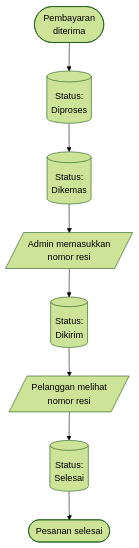
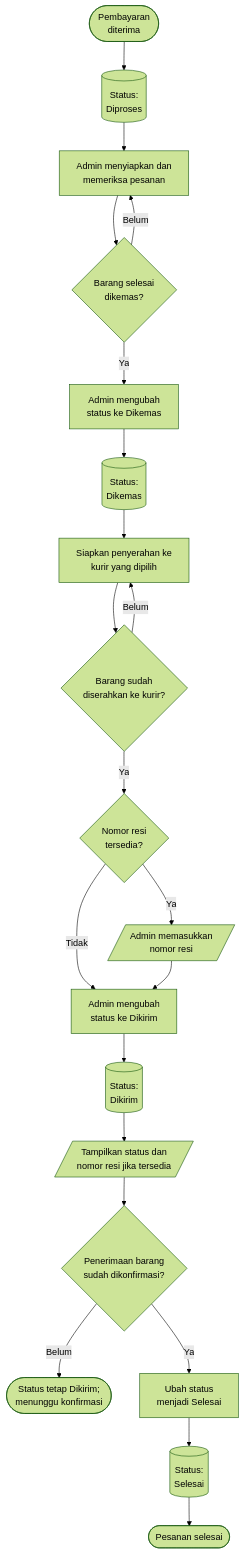
The third of 5 diagrams in docs/client/DOKUMEN_REVIEW_DAN_PERSETUJUAN_KLIEN.md (Webekspres/pixel-komunika), drawn with Mermaid (forest theme) before and after one commit. The commit also changed other lines of this file and 6 other files, not shown here.

````diff
--- a/docs/client/DOKUMEN_REVIEW_DAN_PERSETUJUAN_KLIEN.md
+++ b/docs/client/DOKUMEN_REVIEW_DAN_PERSETUJUAN_KLIEN.md
@@ -196,10 +201,23 @@
 ```mermaid
 flowchart TD
     A(["Pembayaran<br/>diterima"]) --> B[("Status:<br/>Diproses")]
-    B --> C[("Status:<br/>Dikemas")]
-    C --> D[/"Admin memasukkan<br/>nomor resi"/]
-    D --> E[("Status:<br/>Dikirim")]
-    E --> F[/"Pelanggan melihat<br/>nomor resi"/]
-    F --> G[("Status:<br/>Selesai")]
-    G --> H(["Pesanan selesai"])
+    B --> C["Admin menyiapkan dan<br/>memeriksa pesanan"]
+    C --> D{"Barang selesai<br/>dikemas?"}
+    D -->|Belum| C
+    D -->|Ya| E["Admin mengubah<br/>status ke Dikemas"]
+    E --> F[("Status:<br/>Dikemas")]
+    F --> G["Siapkan penyerahan ke<br/>kurir yang dipilih"]
+    G --> H{"Barang sudah<br/>diserahkan ke kurir?"}
+    H -->|Belum| G
+    H -->|Ya| I{"Nomor resi<br/>tersedia?"}
+    I -->|Ya| J[/"Admin memasukkan<br/>nomor resi"/]
+    I -->|Tidak| K["Admin mengubah<br/>status ke Dikirim"]
+    J --> K
+    K --> L[("Status:<br/>Dikirim")]
+    L --> M[/"Tampilkan status dan<br/>nomor resi jika tersedia"/]
+    M --> N{"Penerimaan barang<br/>sudah dikonfirmasi?"}
+    N -->|Belum| O(["Status tetap Dikirim;<br/>menunggu konfirmasi"])
+    N -->|Ya| P["Ubah status<br/>menjadi Selesai"]
+    P --> Q[("Status:<br/>Selesai")]
+    Q --> R(["Pesanan selesai"])
 ```
````
